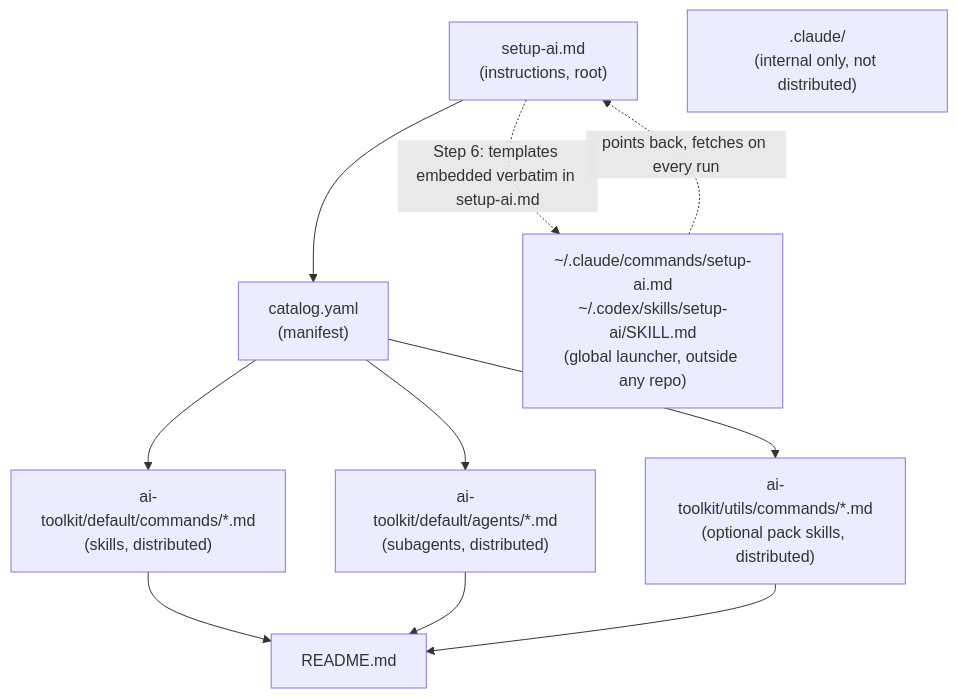
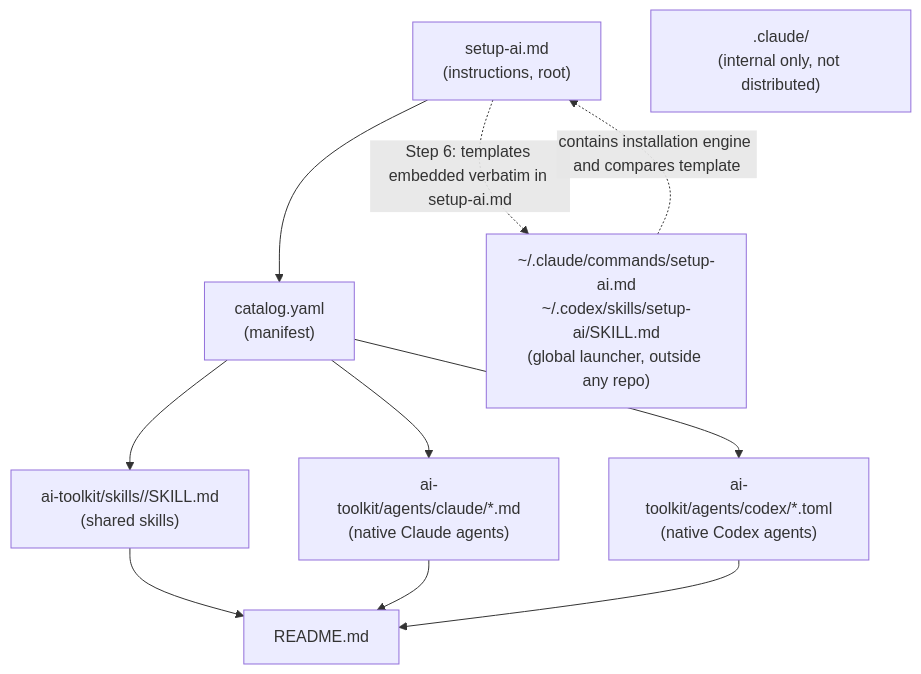
The second of 3 diagrams in specs/tech-spec.md (charlstown/my-aisy-toolkit), drawn with Mermaid before and after one commit. The commit also changed other lines of this file and 12 other files, not shown here.

````diff
--- a/specs/tech-spec.md
+++ b/specs/tech-spec.md
@@ -51,13 +49,13 @@
 ```mermaid
 flowchart TB
     SA["setup-ai.md<br/>(instructions, root)"] --> CAT["catalog.yaml<br/>(manifest)"]
-    CAT --> CMD["ai-toolkit/default/commands/*.md<br/>(skills, distributed)"]
-    CAT --> AGT["ai-toolkit/default/agents/*.md<br/>(subagents, distributed)"]
-    CAT --> UTL["ai-toolkit/utils/commands/*.md<br/>(optional pack skills, distributed)"]
-    CMD --> RM[README.md]
-    AGT --> RM
-    UTL --> RM
+    CAT --> SK["ai-toolkit/skills/<name>/SKILL.md<br/>(shared skills)"]
+    CAT --> CA["ai-toolkit/agents/claude/*.md<br/>(native Claude agents)"]
+    CAT --> CO["ai-toolkit/agents/codex/*.toml<br/>(native Codex agents)"]
+    SK --> RM[README.md]
+    CA --> RM
+    CO --> RM
     SA -.->|"Step 6: templates embedded verbatim in setup-ai.md"| GL["~/.claude/commands/setup-ai.md<br/>~/.codex/skills/setup-ai/SKILL.md<br/>(global launcher, outside any repo)"]
-    GL -.->|"points back, fetches on every run"| SA
+    GL -.->|"contains installation engine and compares template"| SA
     INT[".claude/<br/>(internal only, not distributed)"]
 ```
````
